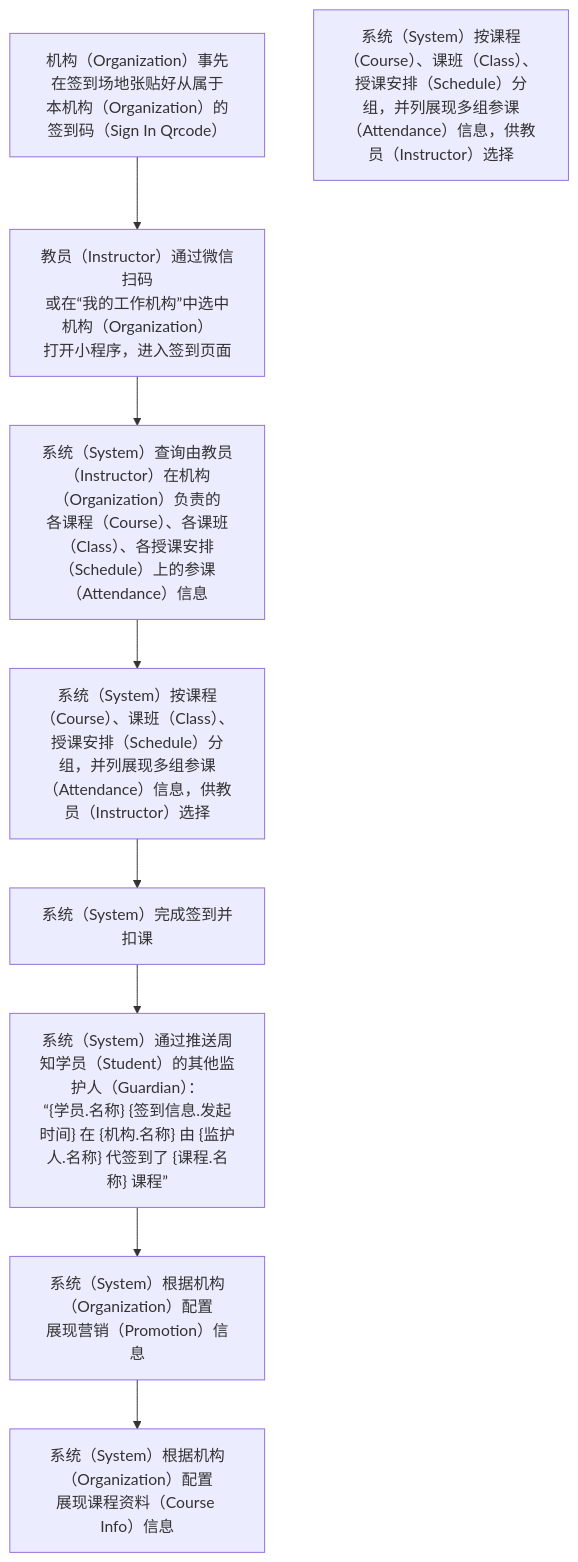
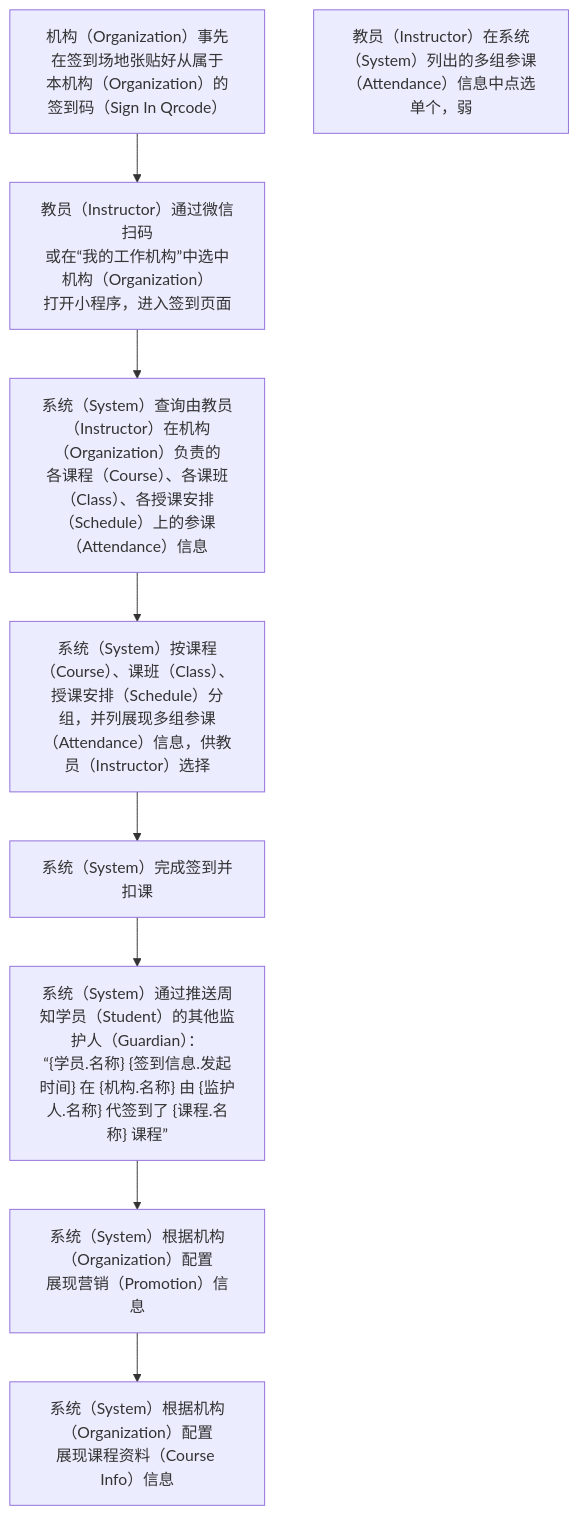
One commit to world-wide-web/sign changed the third of 3 diagrams in 用例/签到.md. Above: the diagram before and after it, drawn with Mermaid. The commit also changed other lines of this file, not shown here.

````diff
--- a/用例/签到.md
+++ b/用例/签到.md
@@ -81,19 +81,19 @@
 ```mermaid
 graph TD
 A["<center>机构（Organization）事先在签到场地张贴好从属于<br>本机构（Organization）的签到码（Sign In Qrcode）</center>"]
 B["<center>教员（Instructor）通过微信扫码<br>或在“我的工作机构”中选中机构（Organization）<br>打开小程序，进入签到页面</center>"]
 C["<center>系统（System）查询由教员（Instructor）在机构（Organization）负责的<br>各课程（Course）、各课班（Class）、各授课安排（Schedule）上的参课（Attendance）信息"]
 D["<center>系统（System）按课程（Course）、课班（Class）、授课安排（Schedule）分组，并列展现多组参课（Attendance）信息，供教员（Instructor）选择</center>"]
-D1["<center>系统（System）按课程（Course）、课班（Class）、授课安排（Schedule）分组，并列展现多组参课（Attendance）信息，供教员（Instructor）选择</center>"]
+D1["<center>教员（Instructor）在系统（System）列出的多组参课（Attendance）信息中点选单个，弱</center>"]
 E["<center>系统（System）完成签到并扣课</center>"]
 F["<center>系统（System）通过推送周知学员（Student）的其他监护人（Guardian）：<br>“{学员.名称} {签到信息.发起时间} 在 {机构.名称} 由 {监护人.名称} 代签到了 {课程.名称} 课程”</center>"]
 G["<center>系统（System）根据机构（Organization）配置<br>展现营销（Promotion）信息</center>"]
 H["<center>系统（System）根据机构（Organization）配置<br>展现课程资料（Course Info）信息</center>"]
 A-->B
 B-->C
 C-->D
 D-->E
 E-->F
 F-->G
 G-->H
 ```
````
